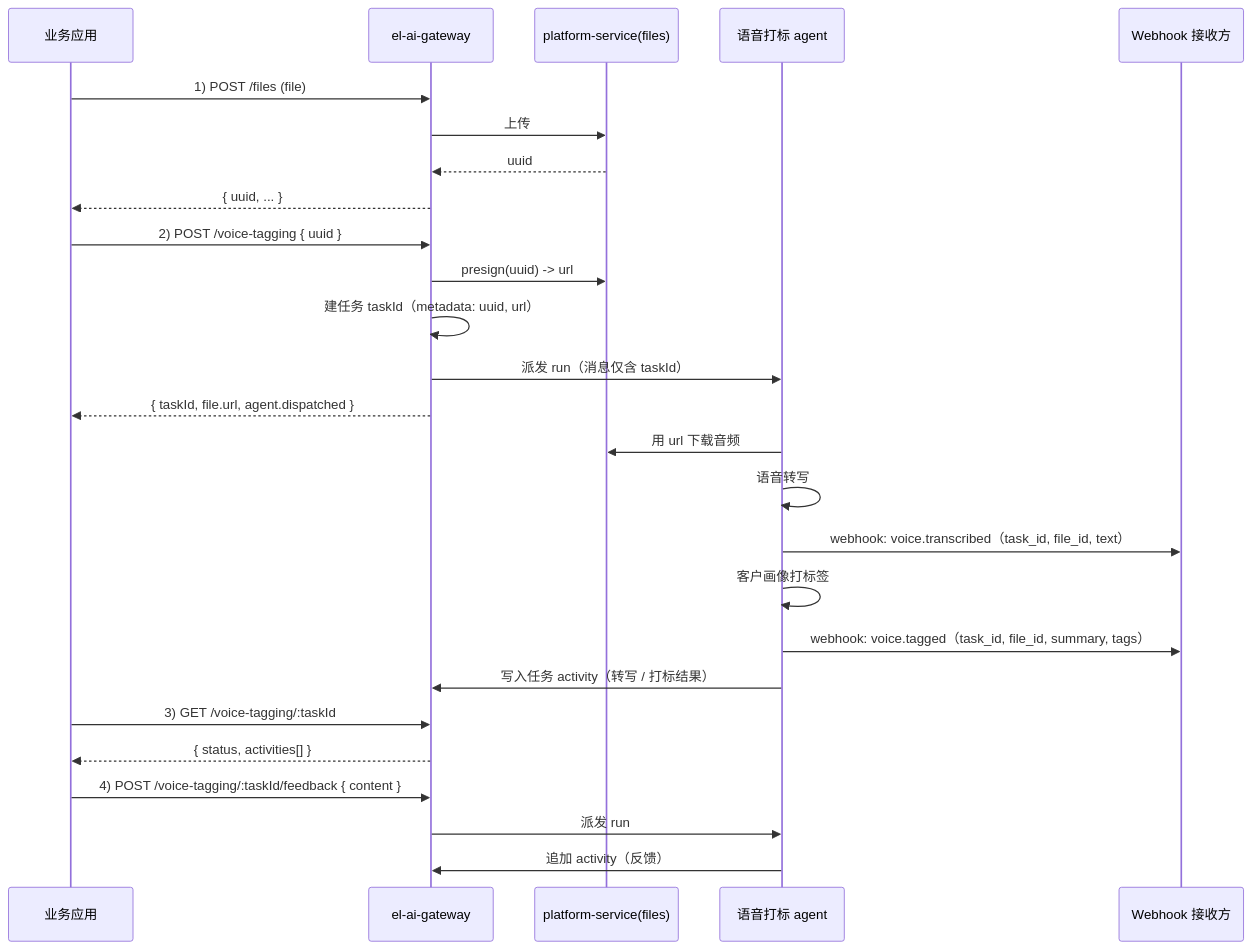
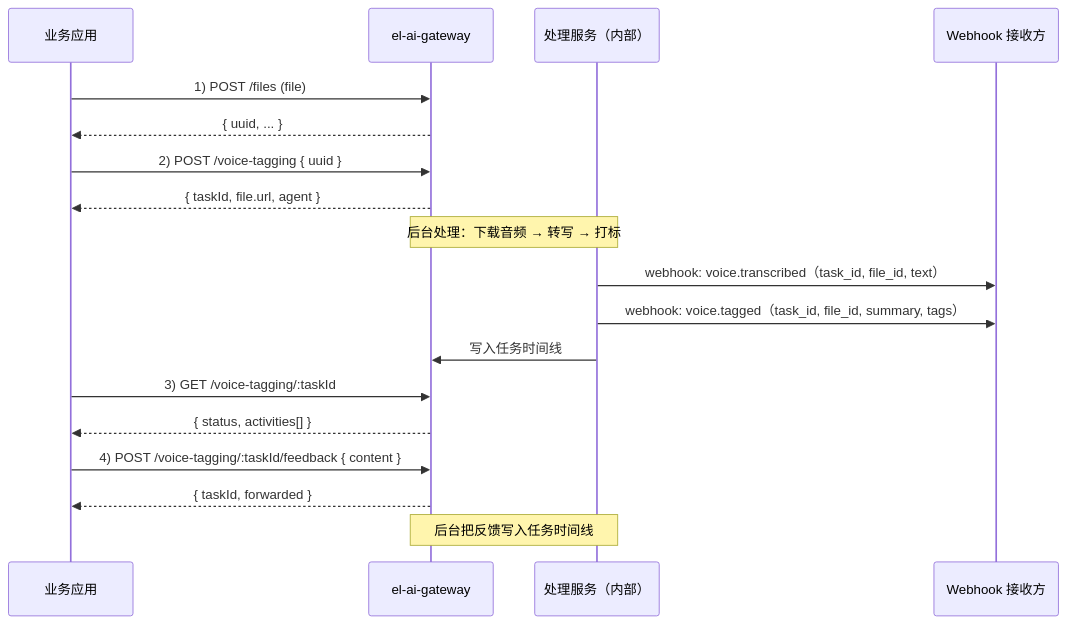
One commit to simontang/fina_demo changed the diagram in el-ai-gateway/API.md. Above: the diagram before and after it, drawn with Mermaid. The commit also changed other lines of this file, not shown here.

Commit message:
docs(el-ai-gateway): keep API doc implementation-agnostic (no internal service/mechanism names)

````diff
--- a/el-ai-gateway/API.md
+++ b/el-ai-gateway/API.md
@@ -28,33 +28,25 @@
 ```mermaid
 sequenceDiagram
   participant App as 业务应用
   participant GW as el-ai-gateway
-  participant FS as platform-service(files)
-  participant AG as 语音打标 agent
+  participant SVC as 处理服务（内部）
   participant WH as Webhook 接收方
 
   App->>GW: 1) POST /files (file)
-  GW->>FS: 上传
-  FS-->>GW: uuid
   GW-->>App: { uuid, ... }
 
   App->>GW: 2) POST /voice-tagging { uuid }
-  GW->>FS: presign(uuid) -> url
-  GW->>GW: 建任务 taskId（metadata: uuid, url）
-  GW->>AG: 派发 run（消息仅含 taskId）
-  GW-->>App: { taskId, file.url, agent.dispatched }
+  GW-->>App: { taskId, file.url, agent }
 
-  AG->>FS: 用 url 下载音频
-  AG->>AG: 语音转写
-  AG->>WH: webhook: voice.transcribed（task_id, file_id, text）
-  AG->>AG: 客户画像打标签
-  AG->>WH: webhook: voice.tagged（task_id, file_id, summary, tags）
-  AG->>GW: 写入任务 activity（转写 / 打标结果）
+  Note over GW,SVC: 后台处理：下载音频 → 转写 → 打标
+  SVC->>WH: webhook: voice.transcribed（task_id, file_id, text）
+  SVC->>WH: webhook: voice.tagged（task_id, file_id, summary, tags）
+  SVC->>GW: 写入任务时间线
 
   App->>GW: 3) GET /voice-tagging/:taskId
   GW-->>App: { status, activities[] }
 
   App->>GW: 4) POST /voice-tagging/:taskId/feedback { content }
-  GW->>AG: 派发 run
-  AG->>GW: 追加 activity（反馈）
+  GW-->>App: { taskId, forwarded }
+  Note over GW,SVC: 后台把反馈写入任务时间线
 ```
````
